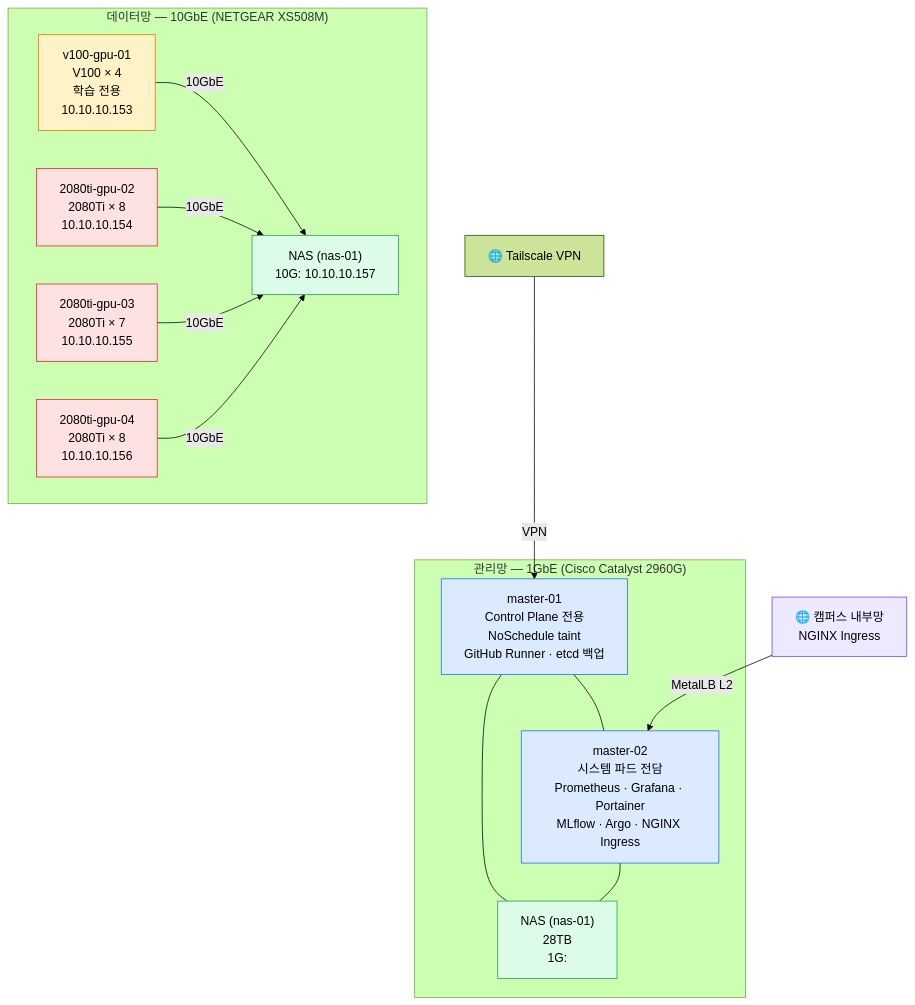
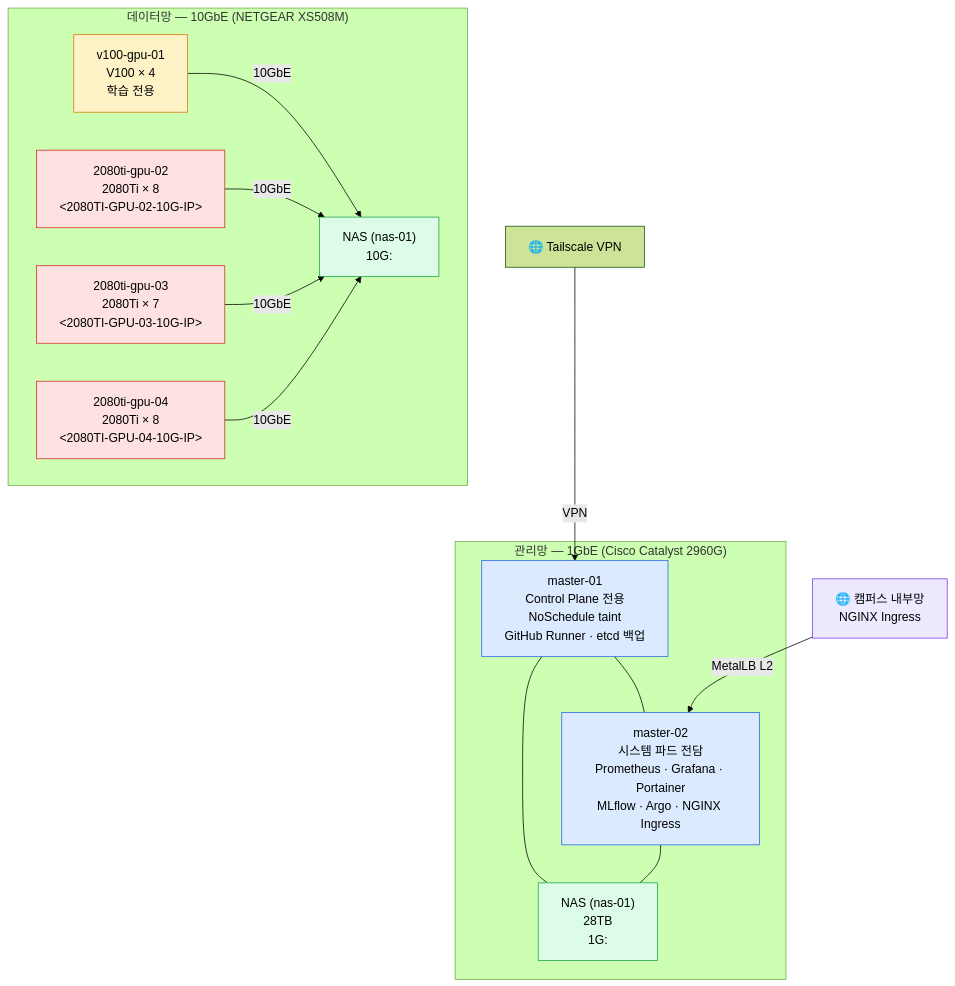
The first of 4 diagrams in docs/overview/cluster-diagram.md (52K-0812/28gpu-cluster-rebuild), drawn with Mermaid (forest theme) before and after one commit. The commit also changed other lines of this file, not shown here.

Commit message:
docs: cluster-diagram.md 내부망 IP 플레이스홀더 치환
10G 데이터망 내부 IP(10.10.10.153~157)가 공개 레포에 그대로 노출되어 있어
플레이스홀더로 치환한다.

- 10.10.10.153 → <V100-GPU-01-10G-IP>
- 10.10.10.154 → <2080TI-GPU-02-10G-IP>
- 10.10.10.155 → <2080TI-GPU-03-10G-IP>
- 10.10.10.156 → <2080TI-GPU-04-10G-IP>
- 10.10.10.157 → <NAS-10G-IP>
- NAS 1G IP 레이블 오류 수정: <MASTER-IP> → <NAS-1G-IP>

노드 구성 표(5곳) + mermaid 네트워크 다이어그램(5곳) 총 10곳 치환

````diff
--- a/docs/overview/cluster-diagram.md
+++ b/docs/overview/cluster-diagram.md
@@ -27,40 +27,40 @@
 ```mermaid
 graph TD
     EXT1["🌐 Tailscale VPN\n<TAILSCALE-IP>"]
     EXT2["🌐 캠퍼스 내부망\nNGINX Ingress\n<LB-INGRESS-IP>"]
 
     subgraph MGMT["관리망 — 1GbE (Cisco Catalyst 2960G)"]
         M01["master-01\nControl Plane 전용\nNoSchedule taint\nGitHub Runner · etcd 백업"]
         M02["master-02\n시스템 파드 전담\nPrometheus · Grafana · Portainer\nMLflow · Argo · NGINX Ingress"]
-        NAS1G["NAS (nas-01)\n28TB\n1G: <MASTER-IP>"]
+        NAS1G["NAS (nas-01)\n28TB\n1G: <NAS-1G-IP>"]
     end
 
     subgraph DATA["데이터망 — 10GbE (NETGEAR XS508M)"]
-        G1["v100-gpu-01\nV100 × 4\n학습 전용\n10.10.10.153"]
-        G2["2080ti-gpu-02\n2080Ti × 8\n10.10.10.154"]
-        G3["2080ti-gpu-03\n2080Ti × 7\n10.10.10.155"]
-        G4["2080ti-gpu-04\n2080Ti × 8\n10.10.10.156"]
-        NAS10G["NAS (nas-01)\n10G: 10.10.10.157"]
+        G1["v100-gpu-01\nV100 × 4\n학습 전용\n<V100-GPU-01-10G-IP>"]
+        G2["2080ti-gpu-02\n2080Ti × 8\n<2080TI-GPU-02-10G-IP>"]
+        G3["2080ti-gpu-03\n2080Ti × 7\n<2080TI-GPU-03-10G-IP>"]
+        G4["2080ti-gpu-04\n2080Ti × 8\n<2080TI-GPU-04-10G-IP>"]
+        NAS10G["NAS (nas-01)\n10G: <NAS-10G-IP>"]
     end
 
     EXT1 -->|VPN| M01
     EXT2 -->|MetalLB L2| M02
     M01 --- M02
     M01 --- NAS1G
     M02 --- NAS1G
 
     G1 -->|10GbE| NAS10G
     G2 -->|10GbE| NAS10G
     G3 -->|10GbE| NAS10G
     G4 -->|10GbE| NAS10G
 
     style M01 fill:#dbeafe,stroke:#2563eb
     style M02 fill:#dbeafe,stroke:#2563eb
     style NAS1G fill:#dcfce7,stroke:#16a34a
     style NAS10G fill:#dcfce7,stroke:#16a34a
     style G1 fill:#fef3c7,stroke:#d97706
     style G2 fill:#fee2e2,stroke:#dc2626
     style G3 fill:#fee2e2,stroke:#dc2626
     style G4 fill:#fee2e2,stroke:#dc2626
     style EXT2 fill:#ede9fe,stroke:#7c3aed
 ```
````
